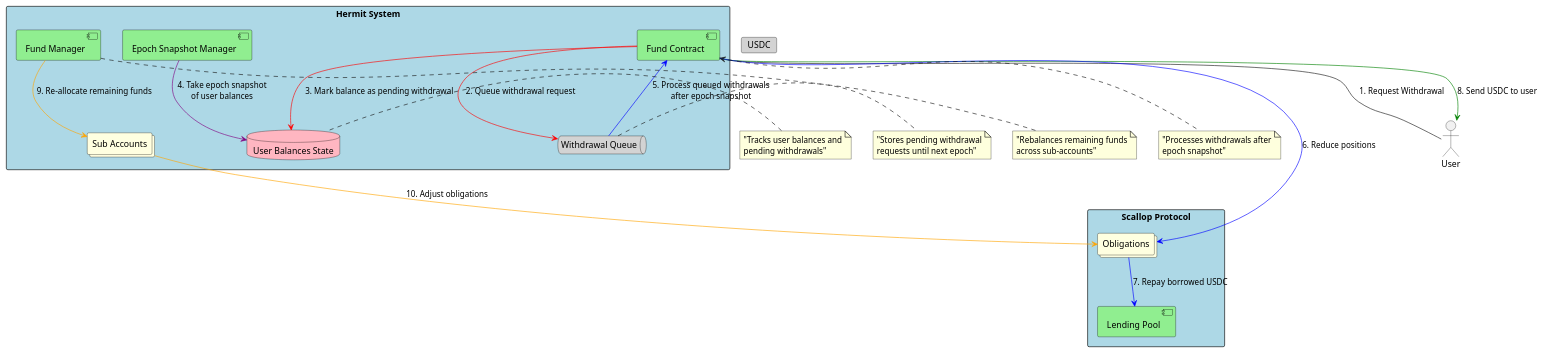
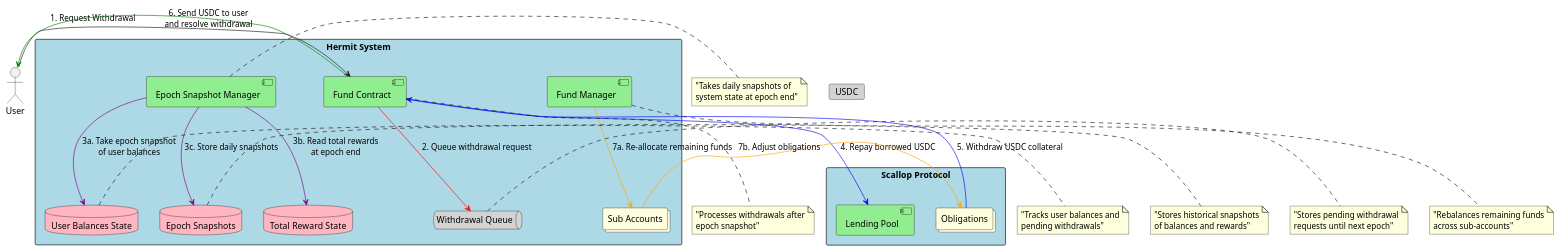
Before and after one commit to nierdna/hermit-diagrams: the diagram in withdrawn_flow.wsd, drawn with PlantUML.

Commit message:
Refactor withdrawal flow diagram with epoch snapshot and reward tracking
Update the withdrawal flow diagram to include dedicated components for epoch snapshots and total reward state. Modify the flow to capture daily system snapshots, track total rewards at epoch end, and clarify the withdrawal and fund reallocation process.

```diff
--- a/withdrawn_flow.wsd
+++ b/withdrawn_flow.wsd
@@ -1,82 +1,86 @@
 @startuml Hermit Withdrawal Flow
 
 ' Define actors and components
 actor "User" as user
 rectangle "Hermit System" {
     component "Fund Contract" as fund
     component "Fund Manager" as fundManager
     collections "Sub Accounts" as subAccounts
     component "Epoch Snapshot Manager" as snapshotManager
     queue "Withdrawal Queue" as withdrawalQueue
     database "User Balances State" as userBalances
+    database "Epoch Snapshots" as epochSnapshots
+    database "Total Reward State" as totalReward
 }
 
 rectangle "Scallop Protocol" {
     collections "Obligations" as obligations
     component "Lending Pool" as lendingPool
 }
 
 ' Define tokens
 card "USDC" as usdc
 
 ' Define withdrawal flow
 user -right-> fund : "1. Request Withdrawal"
 fund -[#red]-> withdrawalQueue : "2. Queue withdrawal request"
-fund -[#red]-> userBalances : "3. Mark balance as pending withdrawal"
 
-' Epoch transition
-snapshotManager -[#purple]-> userBalances : "4. Take epoch snapshot\nof user balances"
+' Epoch transition and snapshot
+snapshotManager -[#purple]-> userBalances : "3a. Take epoch snapshot\nof user balances"
+snapshotManager -[#purple]-> totalReward : "3b. Read total rewards\nat epoch end"
+snapshotManager -[#purple]-> epochSnapshots : "3c. Store daily snapshots"
 
 ' Process withdrawals after epoch
-withdrawalQueue -[#blue]-> fund : "5. Process queued withdrawals\nafter epoch snapshot"
-fund -[#blue]-> obligations : "6. Reduce positions"
-obligations -[#blue]-> lendingPool : "7. Repay borrowed USDC"
-fund -[#green]-> user : "8. Send USDC to user"
+fund -[#blue]-> lendingPool : "4. Repay borrowed USDC"
+obligations -[#blue]-> fund : "5. Withdraw USDC collateral"
+fund -[#green]-> user : "6. Send USDC to user\nand resolve withdrawal"
 
 ' Fund reallocation
-fundManager -[#orange]-> subAccounts : "9. Re-allocate remaining funds"
-subAccounts -[#orange]-> obligations : "10. Adjust obligations"
+fundManager -[#orange]-> subAccounts : "7a. Re-allocate remaining funds"
+subAccounts -[#orange]-> obligations : "7b. Adjust obligations"
 
 ' Add notes
 note right of withdrawalQueue : "Stores pending withdrawal\nrequests until next epoch"
 note bottom of fund : "Processes withdrawals after\nepoch snapshot"
 note bottom of fundManager : "Rebalances remaining funds\nacross sub-accounts"
 note right of userBalances : "Tracks user balances and\npending withdrawals"
+note right of snapshotManager : "Takes daily snapshots of\nsystem state at epoch end"
+note right of epochSnapshots : "Stores historical snapshots\nof balances and rewards"
 
 ' Style
 skinparam rectangle {
     BackgroundColor LightBlue
     BorderColor Black
 }
 
 skinparam component {
     BackgroundColor LightGreen
     BorderColor Black
 }
 
 skinparam collections {
     BackgroundColor LightYellow
     BorderColor Black
 }
 
 skinparam queue {
     BackgroundColor LightGray
     BorderColor Black
 }
 
 skinparam card {
     BackgroundColor LightGray
     BorderColor Black
 }
 
 skinparam database {
     BackgroundColor LightPink
     BorderColor Black
 }
 
 ' Arrow colors
 skinparam arrow {
     Color Black
 }
 
 @enduml
```
